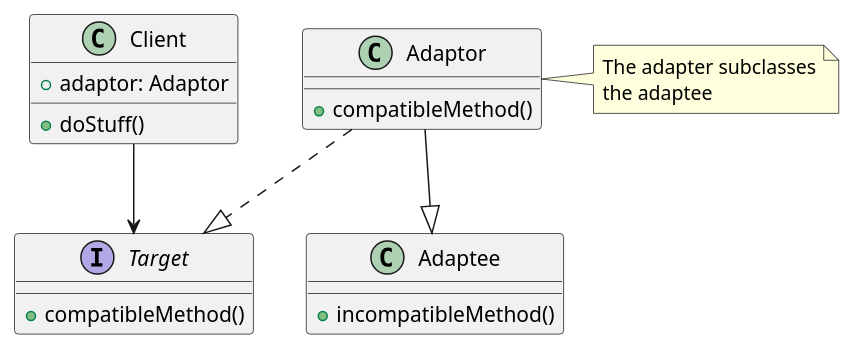
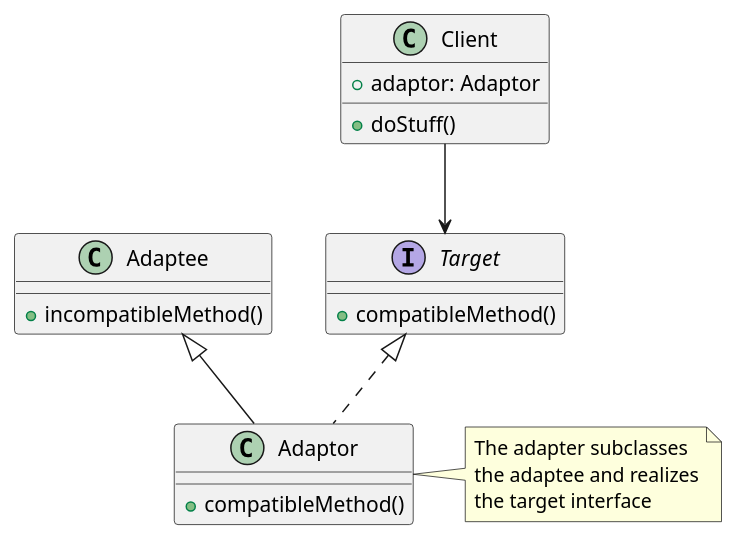
The diagram in raw_resources/images/design_patterns/class_class_adapter.puml (2DGD-F0TH/2DGD_F0TH), drawn with PlantUML before and after one commit. The commit also changed 23 other files, not shown here.

Commit message:
Updated design patterns UML diagrams

```diff
--- a/raw_resources/images/design_patterns/class_class_adapter.puml
+++ b/raw_resources/images/design_patterns/class_class_adapter.puml
@@ -1,27 +1,28 @@
 @startuml
 class Client{
     + adaptor: Adaptor
     + doStuff()
 }
 
 interface Target{
     + compatibleMethod()
 }
 
 class Adaptor{
     + compatibleMethod()
 }
 
 note right of Adaptor
     The adapter subclasses
-    the adaptee
+    the adaptee and realizes
+    the target interface
 end note
 
 class Adaptee{
     + incompatibleMethod()
 }
 
-Client --> Target
-Adaptor ..|> Target
-Adaptor --|> Adaptee
+Client -down-> Target
+Adaptor .up.|> Target
+Adaptor -up-|> Adaptee
 @enduml
```
